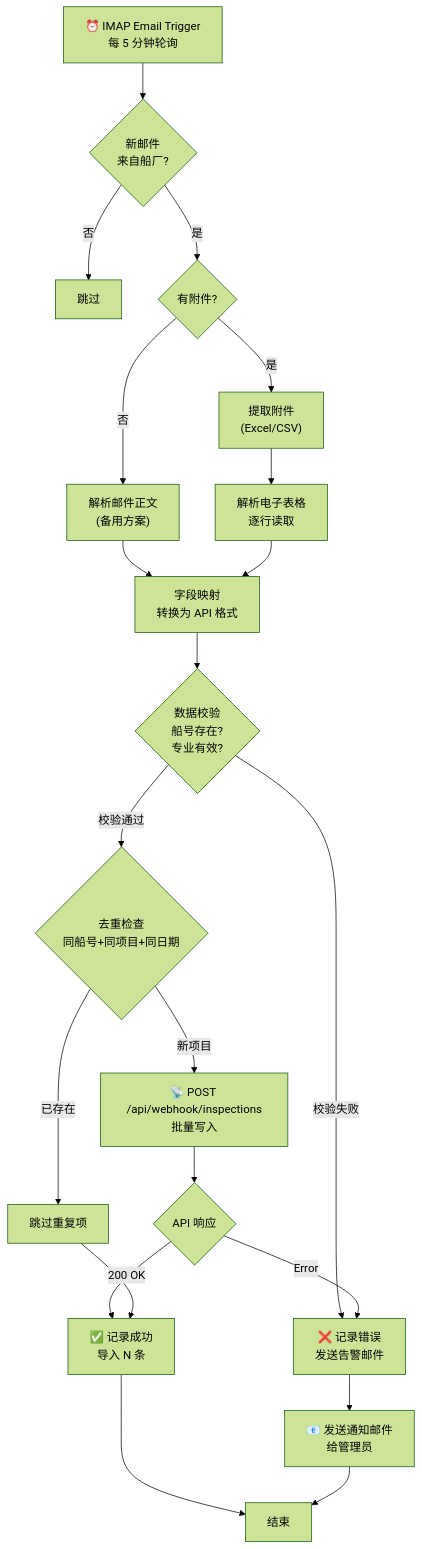
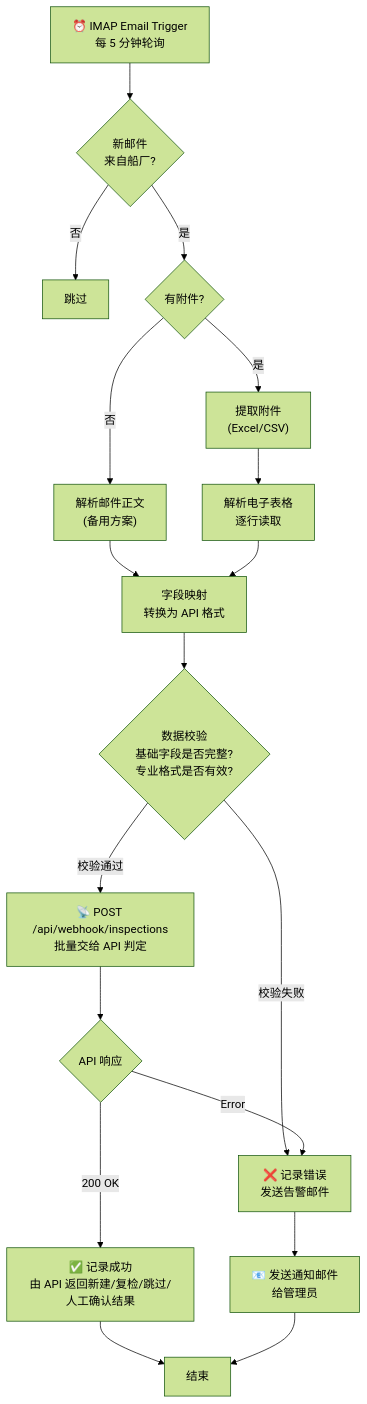
Before and after one commit to xingkaijun/nbins: the second of 3 diagrams in docs/n8n-plan.md, drawn with Mermaid (forest theme). The commit also changed other lines of this file and 3 other files, not shown here.

Commit message:
docs: align NBINS v6 architecture and workflow decisions

````diff
--- a/docs/n8n-plan.md
+++ b/docs/n8n-plan.md
@@ -40,23 +40,20 @@
 ```mermaid
 flowchart TD
     START["⏰ IMAP Email Trigger<br/>每 5 分钟轮询"] --> CHECK{"新邮件<br/>来自船厂?"}
     CHECK -->|否| END1["跳过"]
     CHECK -->|是| HAS_ATTACH{"有附件?"}
     HAS_ATTACH -->|否| PARSE_BODY["解析邮件正文<br/>(备用方案)"]
     HAS_ATTACH -->|是| EXTRACT["提取附件<br/>(Excel/CSV)"]
     EXTRACT --> PARSE["解析电子表格<br/>逐行读取"]
     PARSE_BODY --> MAP
     PARSE --> MAP["字段映射<br/>转换为 API 格式"]
-    MAP --> VALIDATE{"数据校验<br/>船号存在?<br/>专业有效?"}
+    MAP --> VALIDATE{"数据校验<br/>基础字段是否完整?<br/>专业格式是否有效?"}
     VALIDATE -->|校验失败| ERROR["❌ 记录错误<br/>发送告警邮件"]
-    VALIDATE -->|校验通过| DEDUP{"去重检查<br/>同船号+同项目+同日期"}
-    DEDUP -->|已存在| SKIP["跳过重复项"]
-    DEDUP -->|新项目| API["📡 POST /api/webhook/inspections<br/>批量写入"]
+    VALIDATE -->|校验通过| API["📡 POST /api/webhook/inspections<br/>批量交给 API 判定"]
     API --> SUCCESS{"API 响应"}
-    SUCCESS -->|200 OK| LOG["✅ 记录成功<br/>导入 N 条"]
+    SUCCESS -->|200 OK| LOG["✅ 记录成功<br/>由 API 返回新建/复检/跳过/人工确认结果"]
     SUCCESS -->|Error| ERROR
-    SKIP --> LOG
     ERROR --> NOTIFY["📧 发送通知邮件<br/>给管理员"]
     LOG --> END2["结束"]
     NOTIFY --> END2
 ```
````
